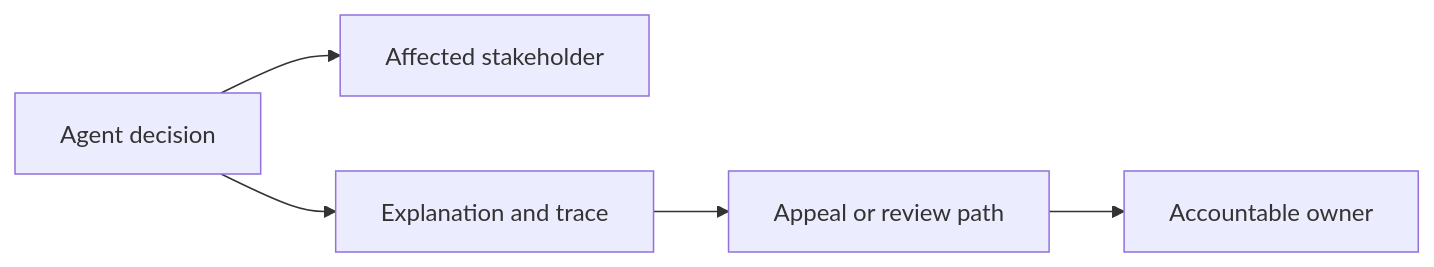
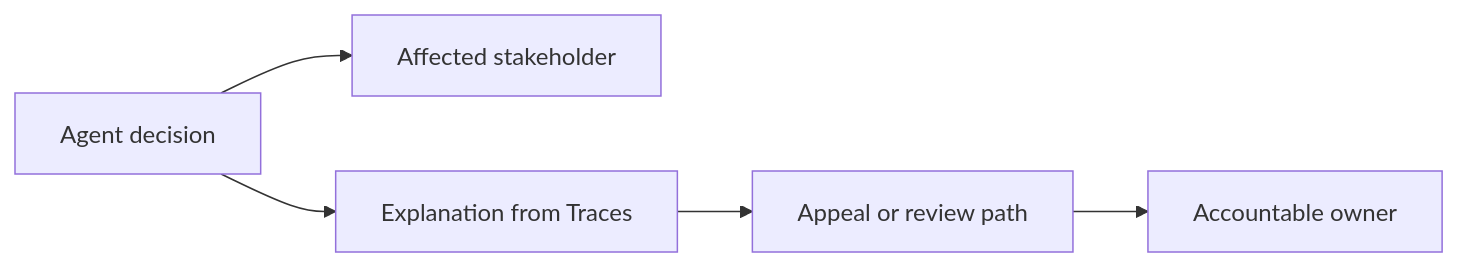
The fifth of 14 diagrams in book/chapters/chapter-04-ensuring-safe-and-responsible-agentic-ai.md (naren-allam/agents-beginners), drawn with Mermaid before and after one commit. The commit also changed other lines of this file and 28 other files, not shown here.

````diff
--- a/book/chapters/chapter-04-ensuring-safe-and-responsible-agentic-ai.md
+++ b/book/chapters/chapter-04-ensuring-safe-and-responsible-agentic-ai.md
@@ -148,13 +145,13 @@
 ```mermaid
 flowchart LR
     Decision["Agent decision"]
     Impact["Affected stakeholder"]
-    Explanation["Explanation and trace"]
+    Explanation["Explanation from Traces"]
     Appeal["Appeal or review path"]
     Owner["Accountable owner"]
 
     Decision --> Impact
     Decision --> Explanation
     Explanation --> Appeal
     Appeal --> Owner
 ```
````
